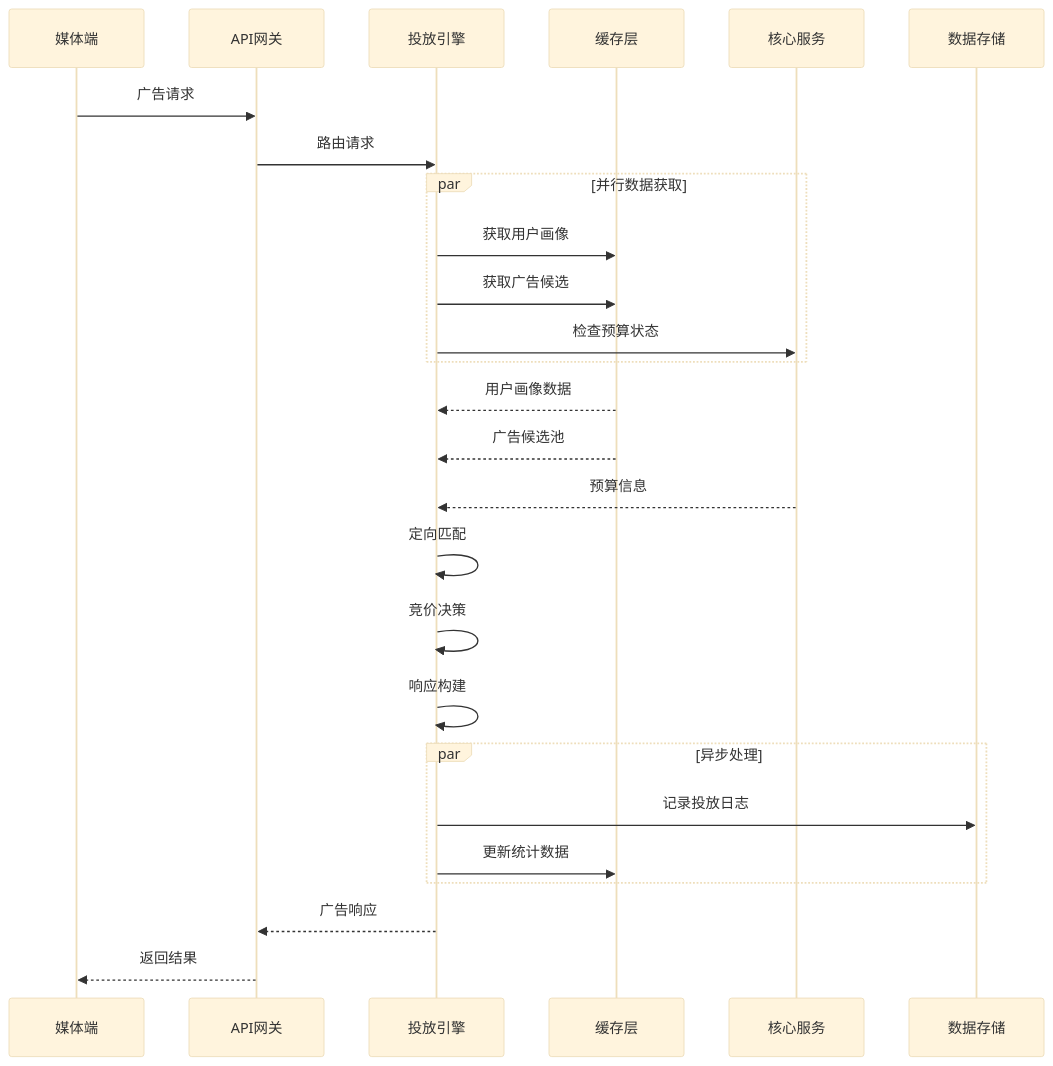
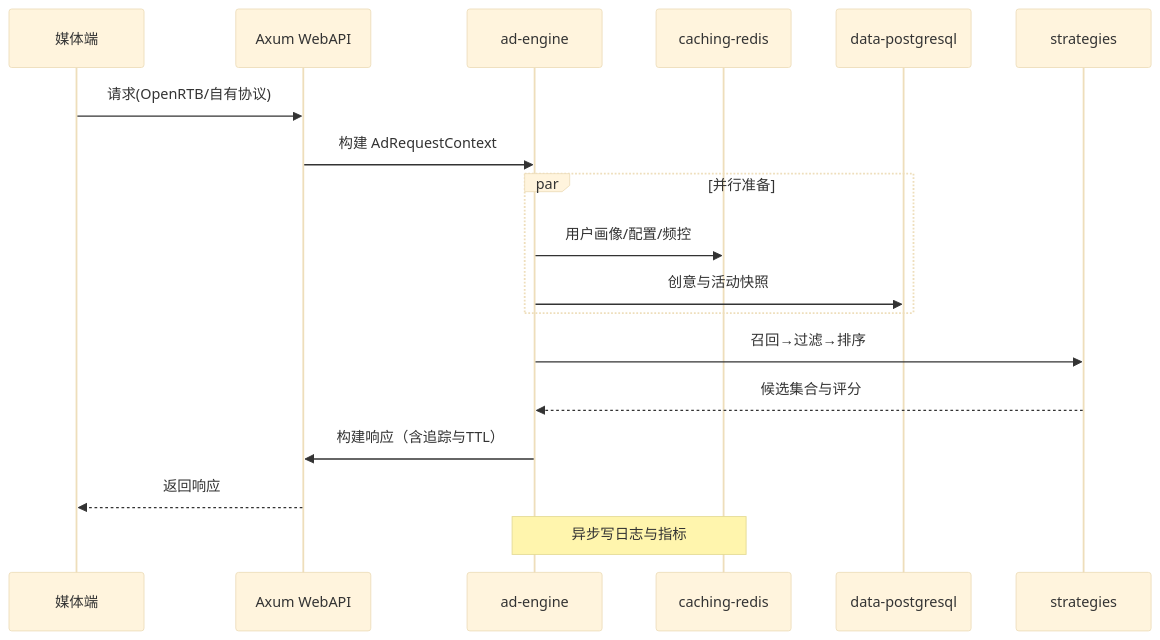
The third of 4 diagrams in docs_TecDesign/广告投放引擎/广告投放引擎技术设计.md (lornshrimp/Lorn.ADSP.Rust), drawn with Mermaid (base theme) before and after one commit. The commit also changed other lines of this file and 3 other files, not shown here.

````diff
--- a/docs_TecDesign/广告投放引擎/广告投放引擎技术设计.md
+++ b/docs_TecDesign/广告投放引擎/广告投放引擎技术设计.md
@@ -132,34 +216,21 @@
 ```mermaid
 sequenceDiagram
     participant Client as 媒体端
-    participant Gateway as API网关
-    participant Engine as 投放引擎
-    participant Cache as 缓存层
-    participant Services as 核心服务
-    participant Storage as 数据存储
-    
-    Client->>Gateway: 广告请求
-    Gateway->>Engine: 路由请求
-    
-    par 并行数据获取
-        Engine->>Cache: 获取用户画像
-        Engine->>Cache: 获取广告候选
-        Engine->>Services: 检查预算状态
+    participant WebAPI as Axum WebAPI
+    participant Engine as ad-engine
+    participant Cache as caching-redis
+    participant DB as data-postgresql
+    participant Strat as strategies
+
+    Client->>WebAPI: 请求(OpenRTB/自有协议)
+    WebAPI->>Engine: 构建 AdRequestContext
+    par 并行准备
+        Engine->>Cache: 用户画像/配置/频控
+        Engine->>DB: 创意与活动快照
     end
-    
-    Cache-->>Engine: 用户画像数据
-    Cache-->>Engine: 广告候选池
-    Services-->>Engine: 预算信息
-    
-    Engine->>Engine: 定向匹配
-    Engine->>Engine: 竞价决策
-    Engine->>Engine: 响应构建
-    
-    par 异步处理
-        Engine->>Storage: 记录投放日志
-        Engine->>Cache: 更新统计数据
-    end
-    
-    Engine-->>Gateway: 广告响应
-    Gateway-->>Client: 返回结果
+    Engine->>Strat: 召回→过滤→排序
+    Strat-->>Engine: 候选集合与评分
+    Engine->>WebAPI: 构建响应（含追踪与TTL）
+    WebAPI-->>Client: 返回响应
+    Note over Engine,Cache: 异步写日志与指标
 ```
````
